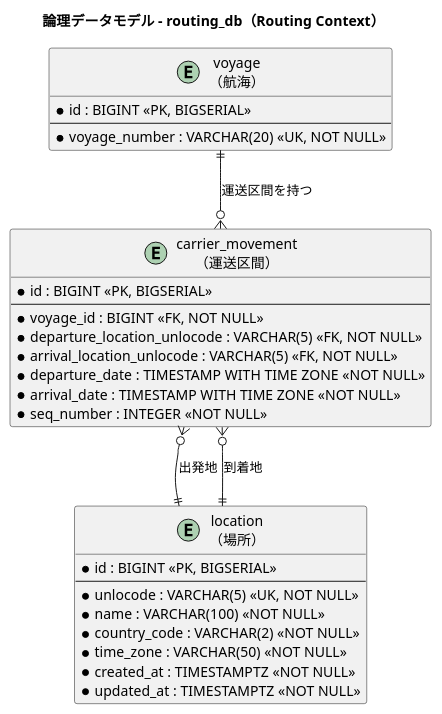
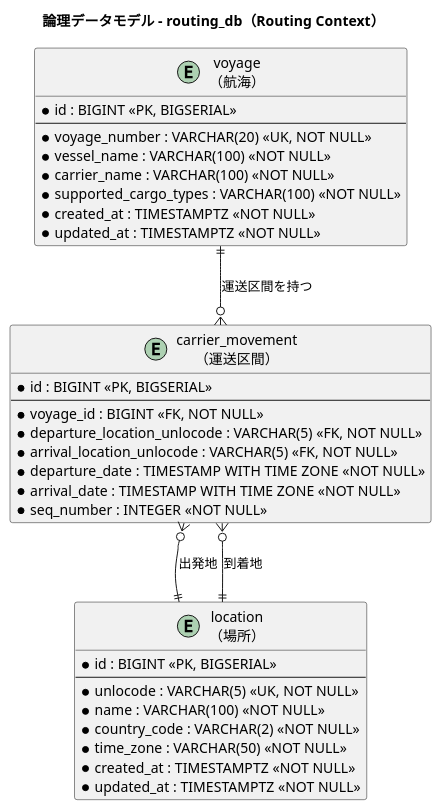
Before and after one commit to k2works/case-study-cargo-tracker: the fourth of 7 diagrams in docs/design/data-model.md, drawn with PlantUML. The commit also changed other lines of this file and 8 other files, not shown here.

````diff
--- a/docs/design/data-model.md
+++ b/docs/design/data-model.md
@@ -510,38 +510,43 @@
 ```plantuml
 @startuml
 title 論理データモデル - routing_db（Routing Context）
 
 entity "location\n（場所）" as location {
   * id : BIGINT <<PK, BIGSERIAL>>
   --
   * unlocode : VARCHAR(5) <<UK, NOT NULL>>
   * name : VARCHAR(100) <<NOT NULL>>
   * country_code : VARCHAR(2) <<NOT NULL>>
   * time_zone : VARCHAR(50) <<NOT NULL>>
   * created_at : TIMESTAMPTZ <<NOT NULL>>
   * updated_at : TIMESTAMPTZ <<NOT NULL>>
 }
 
 entity "voyage\n（航海）" as voyage {
   * id : BIGINT <<PK, BIGSERIAL>>
   --
   * voyage_number : VARCHAR(20) <<UK, NOT NULL>>
+  * vessel_name : VARCHAR(100) <<NOT NULL>>
+  * carrier_name : VARCHAR(100) <<NOT NULL>>
+  * supported_cargo_types : VARCHAR(100) <<NOT NULL>>
+  * created_at : TIMESTAMPTZ <<NOT NULL>>
+  * updated_at : TIMESTAMPTZ <<NOT NULL>>
 }
 
 entity "carrier_movement\n（運送区間）" as carrier_movement {
   * id : BIGINT <<PK, BIGSERIAL>>
   --
   * voyage_id : BIGINT <<FK, NOT NULL>>
   * departure_location_unlocode : VARCHAR(5) <<FK, NOT NULL>>
   * arrival_location_unlocode : VARCHAR(5) <<FK, NOT NULL>>
   * departure_date : TIMESTAMP WITH TIME ZONE <<NOT NULL>>
   * arrival_date : TIMESTAMP WITH TIME ZONE <<NOT NULL>>
   * seq_number : INTEGER <<NOT NULL>>
 }
 
 voyage ||--o{ carrier_movement : "運送区間を持つ"
 carrier_movement }o--|| location : "出発地"
 carrier_movement }o--|| location : "到着地"
 
 @enduml
 ```
````
